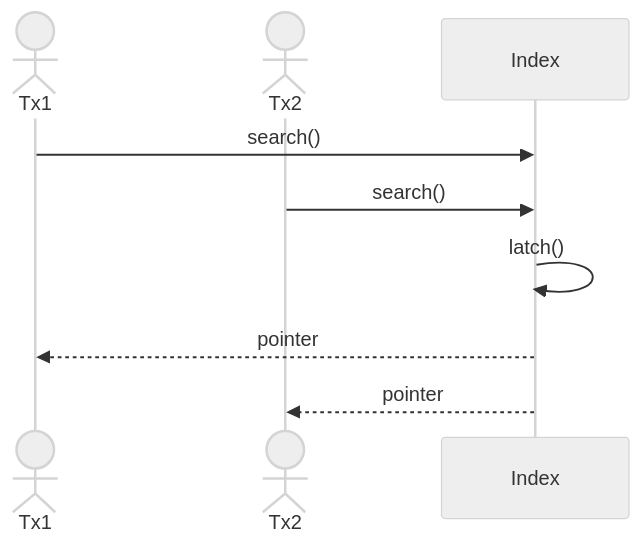
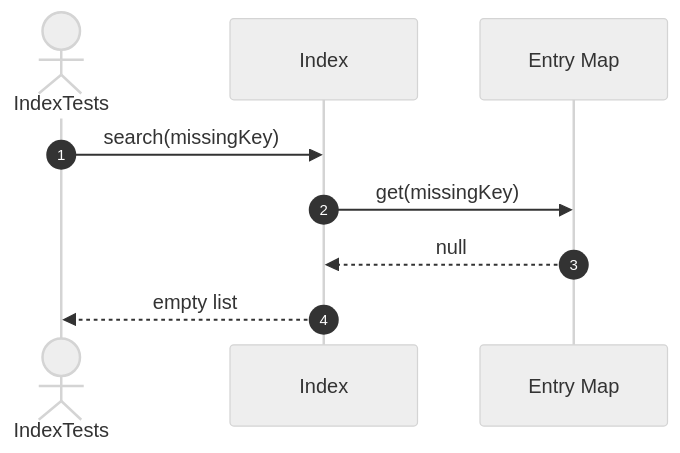
The ninth of 15 diagrams in src/tests/unit/metadata/sequences/indexs-testing.se.md (FhuAnn/-bbv-AN-s-DBMS), drawn with Mermaid (neutral theme) before and after one commit. The commit also changed other lines of this file and 60 other files, not shown here.

Commit message:
refactor data table, row, column, constraint, index test file

````diff
--- a/src/tests/unit/metadata/sequences/indexs-testing.se.md
+++ b/src/tests/unit/metadata/sequences/indexs-testing.se.md
@@ -255,17 +147,12 @@
 ```mermaid
 sequenceDiagram
-actor Tx1
-actor Tx2
+    autonumber
+    actor Test as IndexTests
+    participant Index as Index
+    participant Entries as Entry Map
 
-participant Index
-
-Tx1->>Index: search()
-
-Tx2->>Index: search()
-
-Index->>Index: latch()
-
-Index-->>Tx1: pointer
-
-Index-->>Tx2: pointer
+    Test->>Index: search(missingKey)
+    Index->>Entries: get(missingKey)
+    Entries-->>Index: null
+    Index-->>Test: empty list
 ```
````
